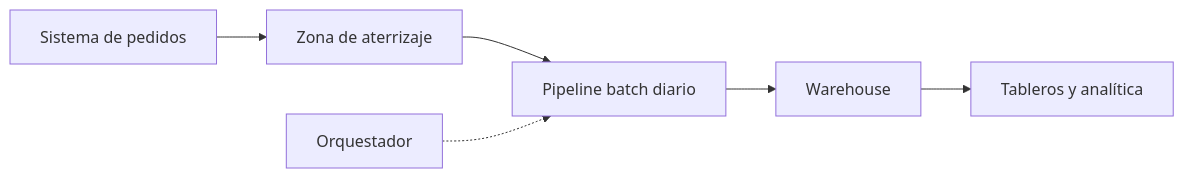
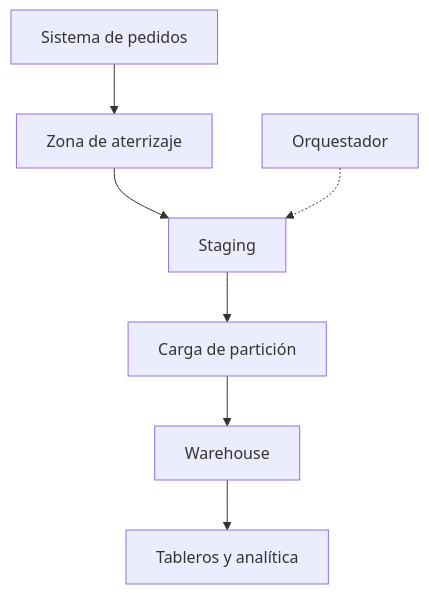
The first of 3 diagrams in content/architectures/batch-pipeline-architecture.md (fcp4891/de-knowledge-hub), drawn with Mermaid before and after one commit. The commit also changed other lines of this file and 13 other files, not shown here.

````diff
--- a/content/architectures/batch-pipeline-architecture.md
+++ b/content/architectures/batch-pipeline-architecture.md
@@ -102,8 +102,9 @@
 ```mermaid
-flowchart LR
+flowchart TB
   O["Sistema de pedidos"] --> L["Zona de aterrizaje"]
-  L --> P["Pipeline batch diario"]
+  L --> G["Staging"]
+  G --> P["Carga de partición"]
   P --> W["Warehouse"]
   W --> C["Tableros y analítica"]
-  S["Orquestador"] -.-> P
+  S["Orquestador"] -.-> G
 ```
````
